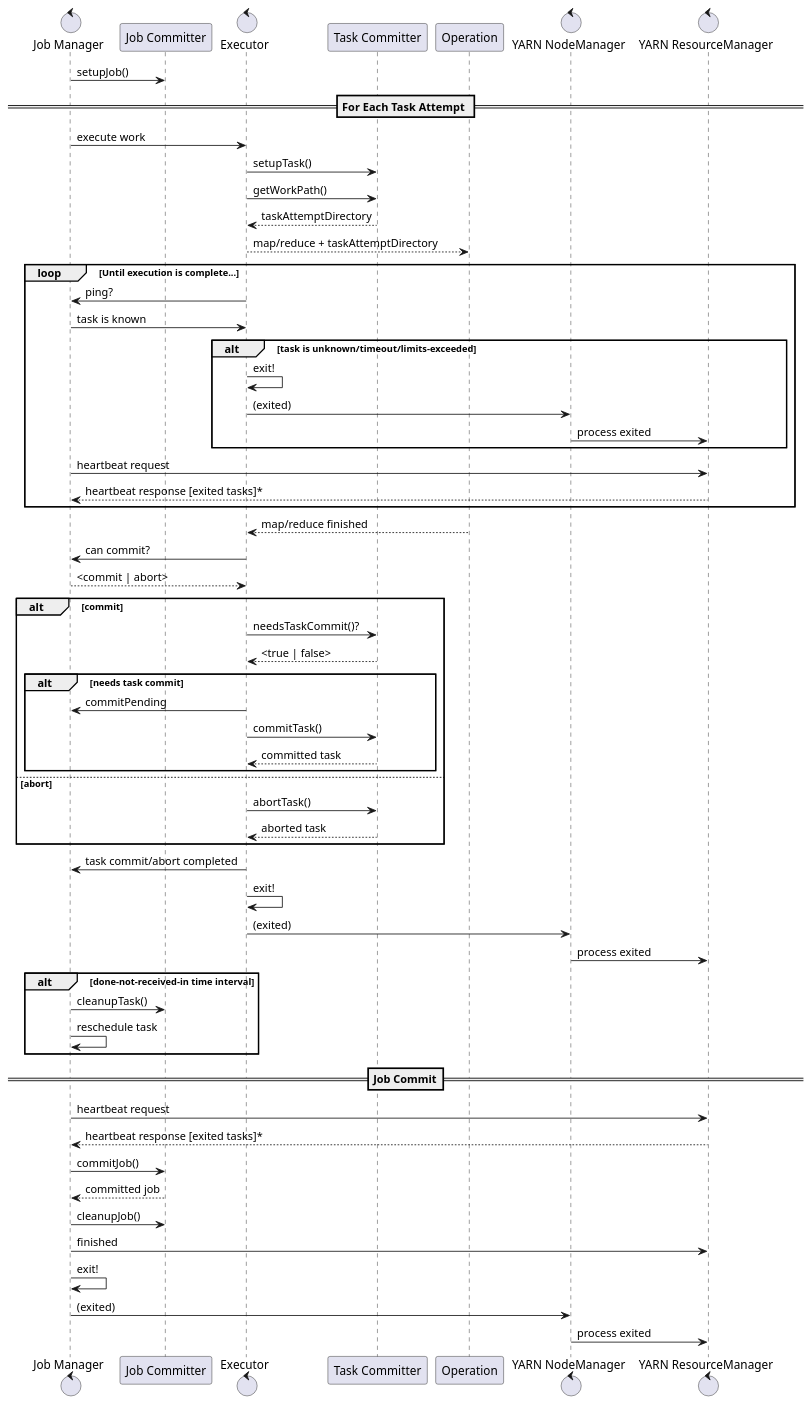
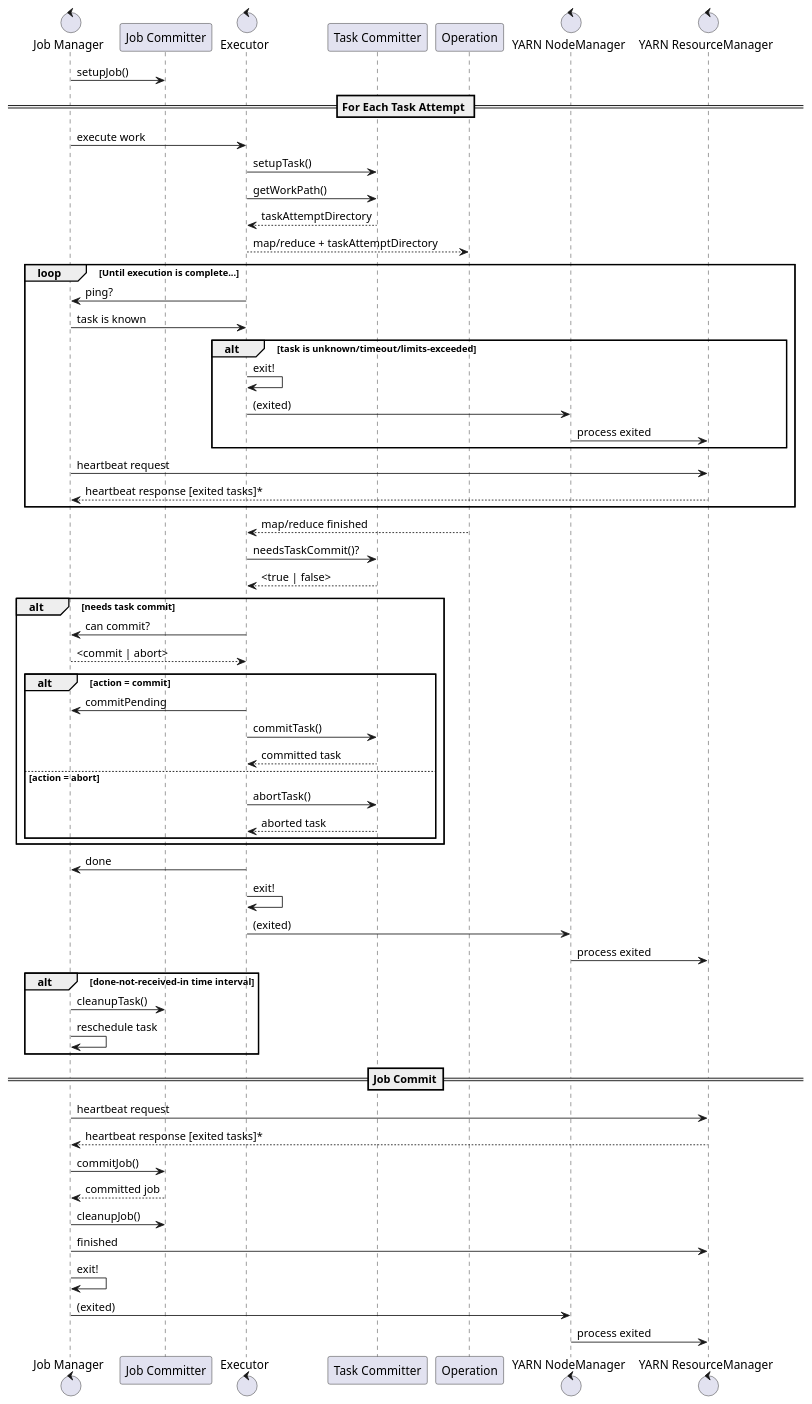
One commit to steveloughran/zero-rename-committer changed the diagram in tex/commit-protocol.puml. Above: the diagram before and after it, drawn with PlantUML. The commit also changed 3 other files, not shown here.

```diff
--- a/tex/commit-protocol.puml
+++ b/tex/commit-protocol.puml
@@ -1,80 +1,80 @@
 @startuml
 
 'define icons
 control "Job Manager"
 participant "Job Committer"
 control Executor
 participant "Task Committer"
 participant Operation
 control "YARN NodeManager"
 control "YARN ResourceManager"
 
 ' protocol
 '== Initialization ==
 
 "Job Manager" -> "Job Committer": setupJob()
 
 == For Each Task Attempt ==
 "Job Manager" -> Executor: execute work
 Executor -> "Task Committer": setupTask()
 Executor -> "Task Committer": getWorkPath()
 Executor <-- "Task Committer": taskAttemptDirectory
 Executor --> Operation: map/reduce + taskAttemptDirectory
 
 loop Until execution is complete...
   Executor -> "Job Manager" : ping?
   "Job Manager" -> Executor : task is known
   alt task is unknown/timeout/limits-exceeded
     Executor -> Executor: exit!
     Executor -> "YARN NodeManager": (exited)
     "YARN NodeManager" -> "YARN ResourceManager": process exited
   end
     "Job Manager" -> "YARN ResourceManager": heartbeat request
     "Job Manager" <-- "YARN ResourceManager": heartbeat response [exited tasks]*
 end
 Executor <-- Operation: map/reduce finished
 
 'TODO: MR failure
 
-Executor -> "Job Manager": can commit?
-Executor <-- "Job Manager":  <commit | abort>
+Executor -> "Task Committer": needsTaskCommit()?
+Executor <-- "Task Committer": <true | false>
 
-alt commit
-  Executor -> "Task Committer": needsTaskCommit()?
-  Executor <-- "Task Committer": <true | false>
-    alt needs task commit
+
+alt needs task commit
+  Executor -> "Job Manager": can commit?
+  Executor <-- "Job Manager":  <commit | abort>
+  alt action = commit
     Executor -> "Job Manager": commitPending
     Executor -> "Task Committer": commitTask()
     Executor <-- "Task Committer": committed task
-    end
-
-else abort
-  Executor -> "Task Committer": abortTask()
-  Executor <-- "Task Committer": aborted task
+  else action = abort
+    Executor -> "Task Committer": abortTask()
+    Executor <-- "Task Committer": aborted task
+  end
 end
-Executor -> "Job Manager" : task commit/abort completed
+Executor -> "Job Manager" : done
 Executor -> Executor: exit!
 Executor -> "YARN NodeManager": (exited)
 "YARN NodeManager" -> "YARN ResourceManager": process exited
 
 alt done-not-received-in time interval
   "Job Manager" -> "Job Committer": cleanupTask()
   "Job Manager" -> "Job Manager": reschedule task
 end
 
 
 == Job Commit==
 
 "Job Manager" -> "YARN ResourceManager": heartbeat request
 "Job Manager" <-- "YARN ResourceManager": heartbeat response [exited tasks]*
 
 "Job Manager" -> "Job Committer": commitJob()
 "Job Manager" <-- "Job Committer": committed job
 "Job Manager" -> "Job Committer": cleanupJob()
 "Job Manager" -> "YARN ResourceManager": finished
 "Job Manager" -> "Job Manager": exit!
 "Job Manager" -> "YARN NodeManager": (exited)
 "YARN NodeManager" -> "YARN ResourceManager": process exited
 
 
 @enduml
```
